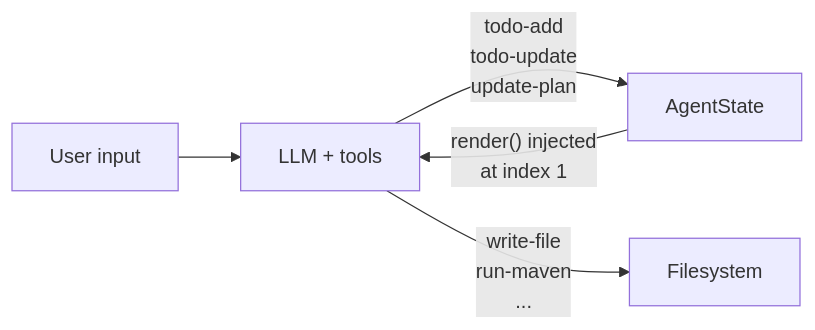
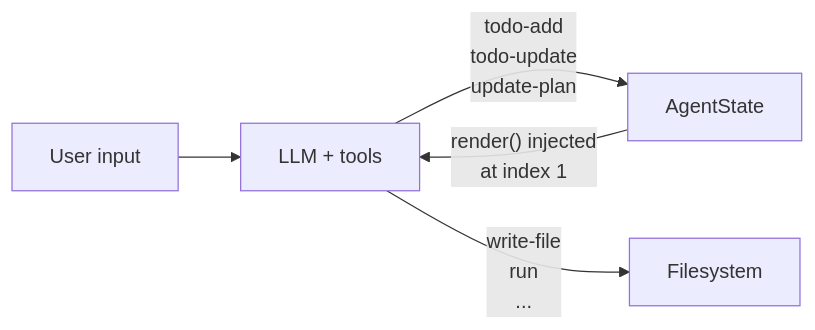
The ninth of 15 diagrams in slides/slides.md (parttimenerd/tiny-llm-library-demo), drawn with Mermaid before and after one commit. The commit also changed other lines of this file and 3 other files, not shown here.

````diff
--- a/slides/slides.md
+++ b/slides/slides.md
@@ -2495,7 +2493,7 @@
 ```mermaid
 flowchart LR
   U["User input"] --> L["LLM + tools"]
   L -->|"todo-add\ntodo-update\nupdate-plan"| S["AgentState"]
-  L -->|"write-file\nrun-maven\n..."| FS["Filesystem"]
+  L -->|"write-file\nrun\n..."| FS["Filesystem"]
   S -->|"render() injected\nat index 1"| L
 ```
````
